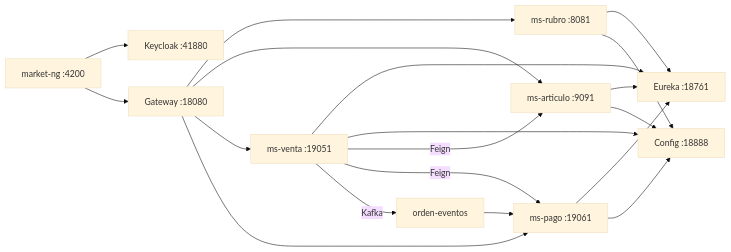
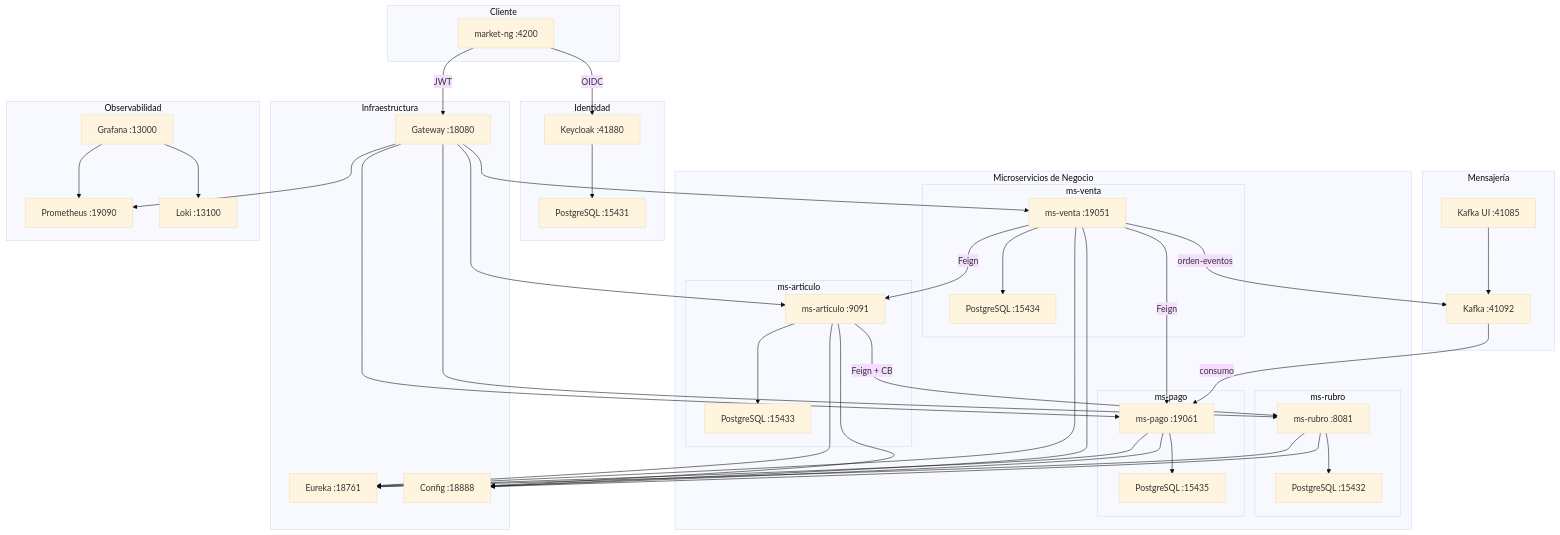
One commit to RonalCodeLP/NovaMarket changed the first of 4 diagrams in docs/manual-funcionamiento.md. Above: the diagram before and after it, drawn with Mermaid (base theme). The commit also changed other lines of this file and 4 other files, not shown here.

````diff
--- a/docs/manual-funcionamiento.md
+++ b/docs/manual-funcionamiento.md
@@ -21,14 +26,74 @@
 ```mermaid
-flowchart LR
-    UI[market-ng :4200] --> KC[Keycloak :41880]
-    UI --> GW[Gateway :18080]
-    GW --> RUB[ms-rubro :8081]
-    GW --> ART[ms-articulo :9091]
-    GW --> VEN[ms-venta :19051]
-    GW --> PAG[ms-pago :19061]
-    RUB & ART & VEN & PAG --> EU[Eureka :18761]
-    RUB & ART & VEN & PAG --> CFG[Config :18888]
-    VEN -->|Feign| ART & PAG
-    VEN -->|Kafka| KF[orden-eventos]
-    KF --> PAG
+flowchart TB
+    subgraph Cliente["Cliente"]
+        UI[market-ng :4200]
+    end
+    
+    subgraph Identidad["Identidad"]
+        KC[Keycloak :41880]
+        KCDB[PostgreSQL :15431]
+        KC --> KCDB
+    end
+    
+    subgraph Infra["Infraestructura"]
+        GW[Gateway :18080]
+        EU[Eureka :18761]
+        CFG[Config :18888]
+    end
+    
+    subgraph Negocio["Microservicios de Negocio"]
+        subgraph Rubro["ms-rubro"]
+            RUB[ms-rubro :8081]
+            RUBDB[PostgreSQL :15432]
+            RUB --> RUBDB
+        end
+        
+        subgraph Articulo["ms-articulo"]
+            ART[ms-articulo :9091]
+            ARTDB[PostgreSQL :15433]
+            ART --> ARTDB
+        end
+        
+        subgraph Venta["ms-venta"]
+            VEN[ms-venta :19051]
+            VENDB[PostgreSQL :15434]
+            VEN --> VENDB
+        end
+        
+        subgraph Pago["ms-pago"]
+            PAG[ms-pago :19061]
+            PAGDB[PostgreSQL :15435]
+            PAG --> PAGDB
+        end
+        
+        ART -->|Feign + CB| RUB
+        VEN -->|Feign| ART
+        VEN -->|Feign| PAG
+    end
+    
+    subgraph Mensajeria["Mensajería"]
+        KF[Kafka :41092]
+        KUI[Kafka UI :41085]
+        KUI --> KF
+    end
+    
+    subgraph Observabilidad["Observabilidad"]
+        PROM[Prometheus :19090]
+        GRAF[Grafana :13000]
+        LOKI[Loki :13100]
+        GRAF --> PROM
+        GRAF --> LOKI
+    end
+    
+    UI -->|OIDC| KC
+    UI -->|JWT| GW
+    GW --> RUB
+    GW --> ART
+    GW --> VEN
+    GW --> PAG
+    RUB & ART & VEN & PAG --> EU
+    RUB & ART & VEN & PAG --> CFG
+    VEN -->|orden-eventos| KF
+    KF -->|consumo| PAG
+    GW --> PROM
 ```
````
